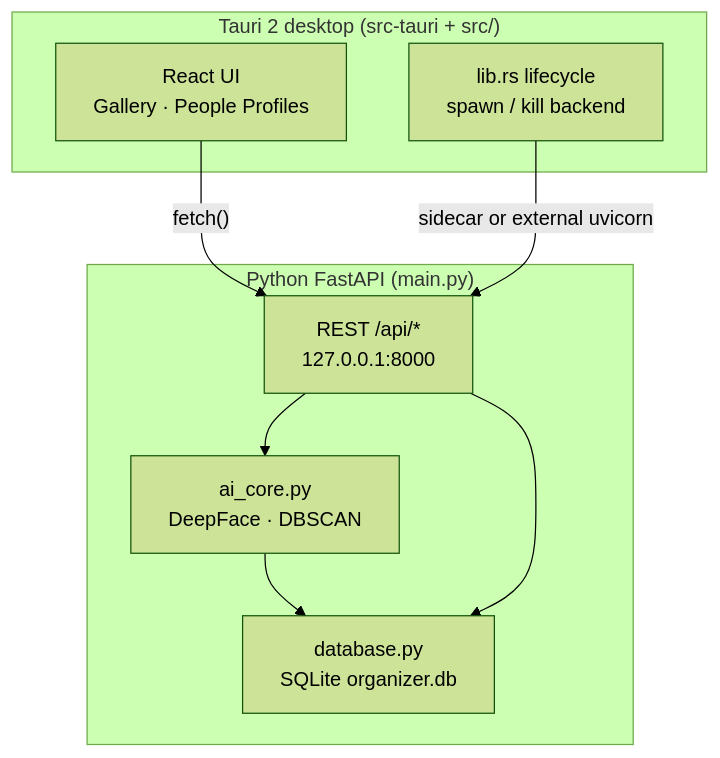
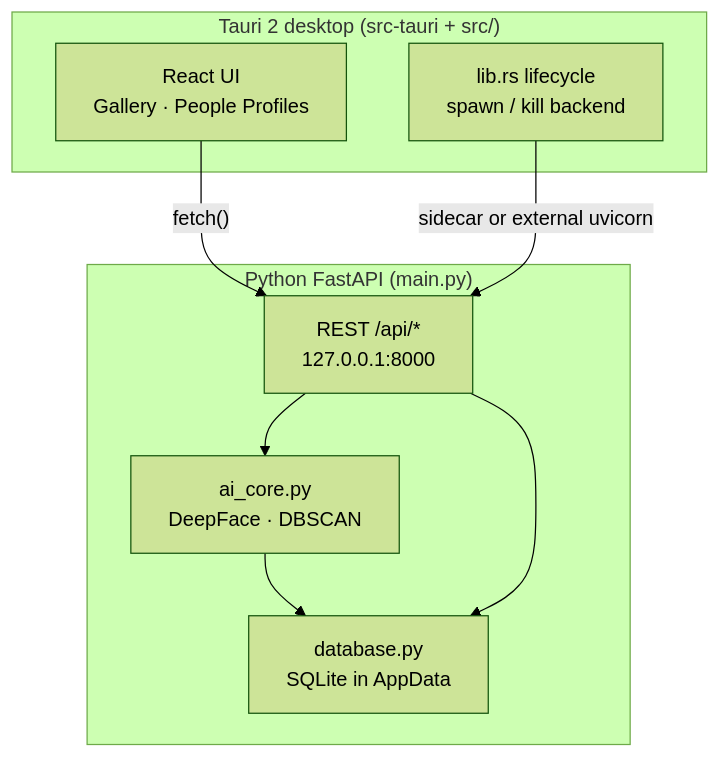
One commit to bialasq/photo-ai-detector changed the diagram in README.md. Above: the diagram before and after it, drawn with Mermaid (forest theme). The commit also changed other lines of this file and 3 other files, not shown here.

Commit message:
docs: fix API drift in ARCHITECTURE, update README (AppData/Node20/GPU/v1), GAP statuses, add CONTRIBUTING (task 3.3.x)

````diff
--- a/README.md
+++ b/README.md
@@ -61,19 +97,19 @@
 ```mermaid
 flowchart TB
   subgraph desktop["Tauri 2 desktop (src-tauri + src/)"]
     UI["React UI\nGallery · People Profiles"]
     Tauri["lib.rs lifecycle\nspawn / kill backend"]
   end
 
   subgraph backend["Python FastAPI (main.py)"]
     API["REST /api/*\n127.0.0.1:8000"]
     AI["ai_core.py\nDeepFace · DBSCAN"]
-    DB["database.py\nSQLite organizer.db"]
+    DB["database.py\nSQLite in AppData"]
   end
 
   UI -->|"fetch()"| API
   Tauri -->|"sidecar or external uvicorn"| API
   API --> AI
   AI --> DB
   API --> DB
 ```
````
